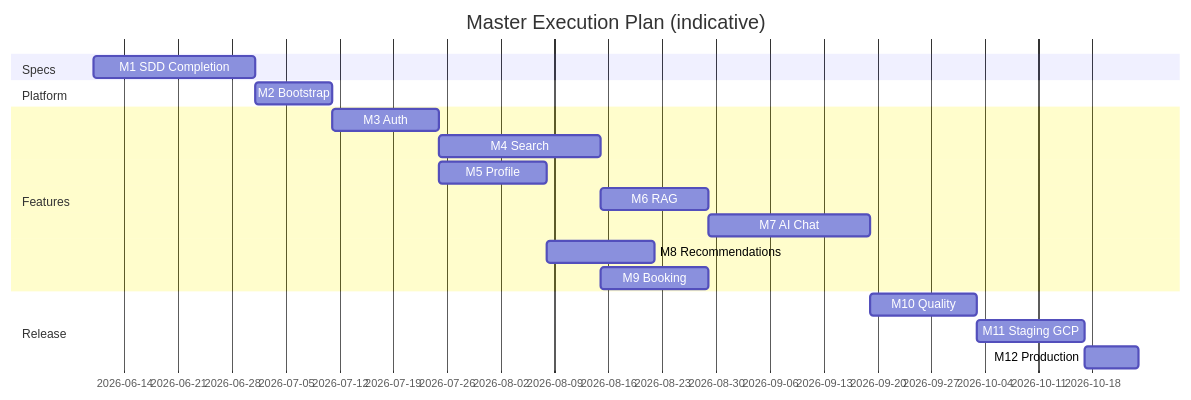
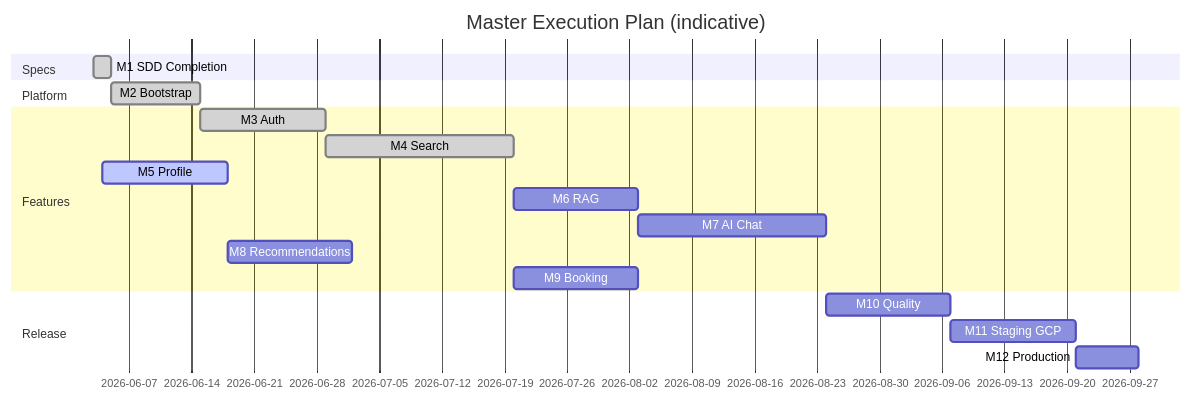
Before and after one commit to Mostafa-Aboheaba/Real_Estate_Egypt: the second of 2 diagrams in tasks/master_execution_plan.md, drawn with Mermaid. The commit also changed other lines of this file and 99 other files, not shown here.

````diff
--- a/tasks/master_execution_plan.md
+++ b/tasks/master_execution_plan.md
@@ -799,21 +807,21 @@
 ```mermaid
 gantt
     title Master Execution Plan (indicative)
     dateFormat YYYY-MM-DD
     section Specs
-    M1 SDD Completion           :m1, 2026-06-10, 21d
+    M1 SDD Completion           :done, m1, 2026-06-03, 2d
     section Platform
-    M2 Bootstrap                :m2, after m1, 10d
+    M2 Bootstrap                :done, m2, after m1, 10d
     section Features
-    M3 Auth                     :m3, after m2, 14d
-    M4 Search                   :m4, after m3, 21d
-    M5 Profile                  :m5, after m3, 14d
+    M3 Auth                     :done, m3, after m2, 14d
+    M4 Search                   :done, m4, after m3, 21d
+    M5 Profile                  :active, m5, 2026-06-04, 14d
     M6 RAG                      :m6, after m4, 14d
     M7 AI Chat                  :m7, after m6, 21d
     M8 Recommendations          :m8, after m5, 14d
     M9 Booking                  :m9, after m4, 14d
     section Release
     M10 Quality                 :m10, after m7, 14d
     M11 Staging GCP             :m11, after m10, 14d
     M12 Production              :m12, after m11, 7d
 ```
````
